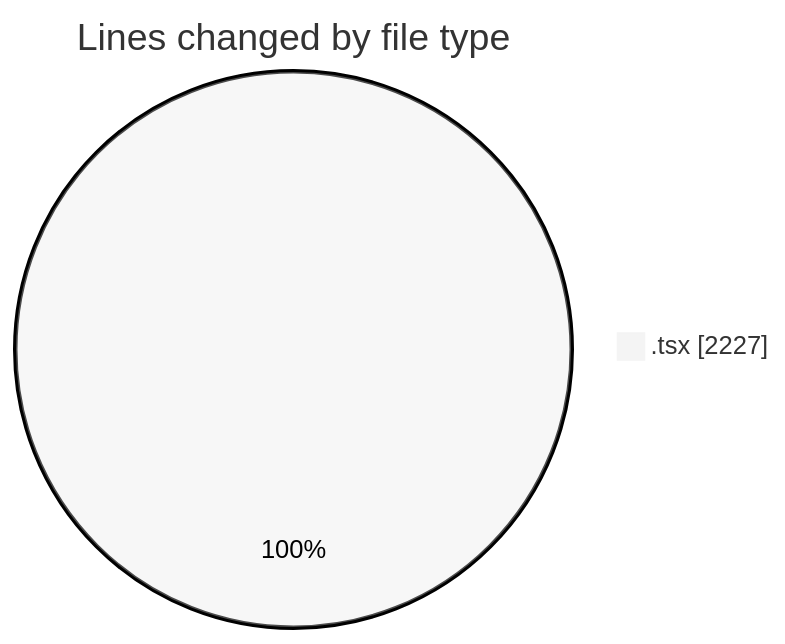
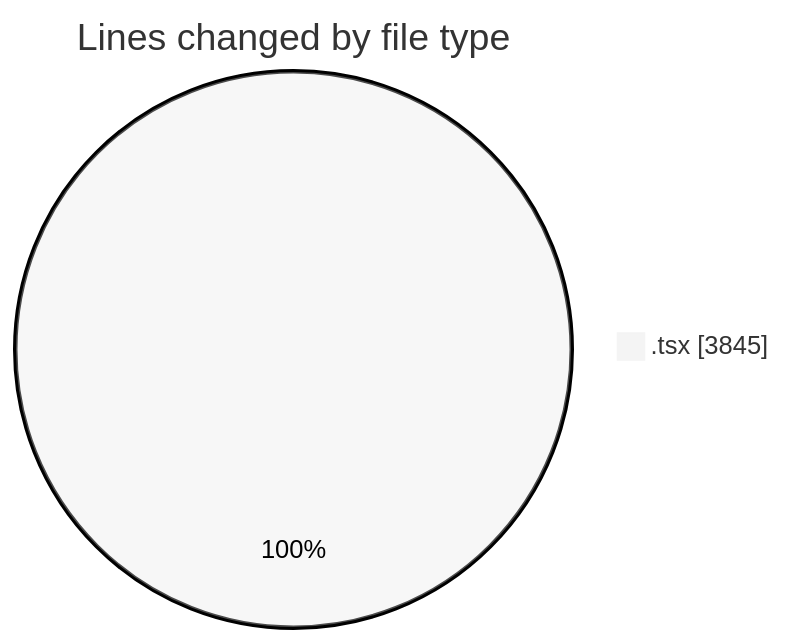
One commit to nxtqubesakshisongat/code-tracking changed the first of 2 diagrams in 2026-08-24/nxtqube_webapp/README.md. Above: the diagram before and after it, drawn with Mermaid (neutral theme). The commit also changed other lines of this file and 1 other file, not shown here.

````diff
--- a/2026-08-24/nxtqube_webapp/README.md
+++ b/2026-08-24/nxtqube_webapp/README.md
@@ -30,5 +33,5 @@
 ```mermaid
 pie showData
 title Lines changed by file type
-".tsx" : 2227
+".tsx" : 3845
 ```
````
